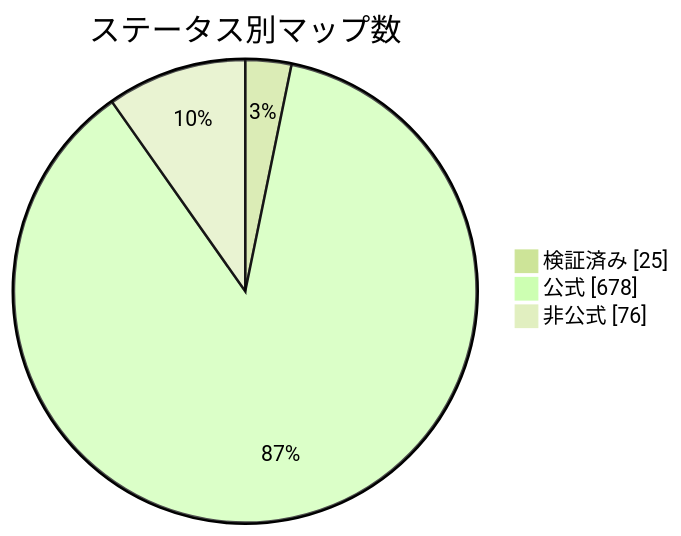
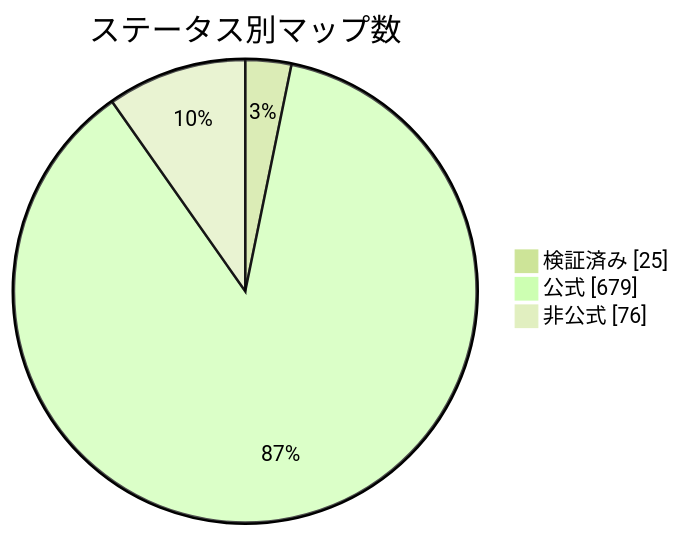
The diagram in docs/readme/README_JP.md (nobrega8/mbmap-library), drawn with Mermaid (forest theme) before and after one commit. The commit also changed 6 other files, not shown here.

````diff
--- a/docs/readme/README_JP.md
+++ b/docs/readme/README_JP.md
@@ -54,7 +54,7 @@
 ```mermaid
 pie showData
     title ステータス別マップ数
     "検証済み" : 25
-    "公式" : 678
+    "公式" : 679
     "非公式" : 76
 ```
````
